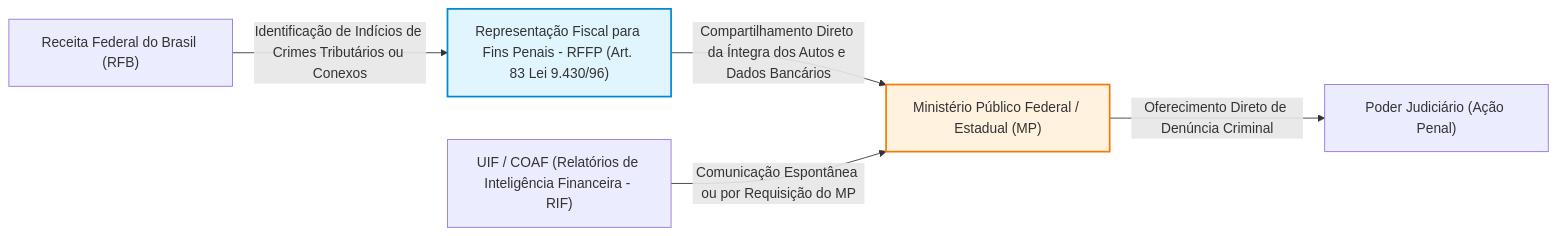
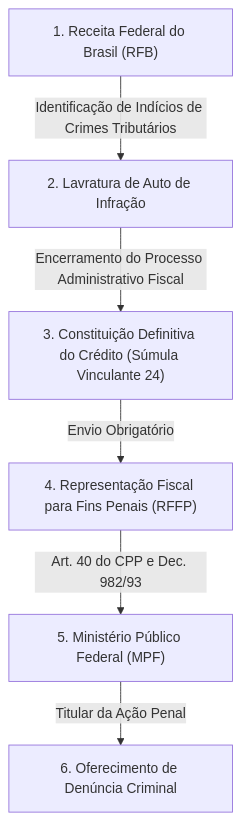
The sixth of 8 diagrams in docs/19-auditoria/06-auditoria-fiscal-tributaria/04-sigilo-bancario-fiscal-lc-105.md (gilsonnogueira/OpenConcursos), drawn with Mermaid before and after one commit. The commit also changed 17 other files, not shown here.

Commit message:
style(diagrams): verticaliza todos os diagramas Mermaid para legibilidade em painel vertical

````diff
--- a/docs/19-auditoria/06-auditoria-fiscal-tributaria/04-sigilo-bancario-fiscal-lc-105.md
+++ b/docs/19-auditoria/06-auditoria-fiscal-tributaria/04-sigilo-bancario-fiscal-lc-105.md
@@ -217,10 +217,8 @@
 ```mermaid
-flowchart LR
-    A["Receita Federal do Brasil (RFB)"] -->|Identificação de Indícios de Crimes Tributários ou Conexos| B["Representação Fiscal para Fins Penais - RFFP (Art. 83 Lei 9.430/96)"]
-    B -->|Compartilhamento Direto da Íntegra dos Autos e Dados Bancários| C["Ministério Público Federal / Estadual (MP)"]
-    C -->|Oferecimento Direto de Denúncia Criminal| D["Poder Judiciário (Ação Penal)"]
-    E["UIF / COAF (Relatórios de Inteligência Financeira - RIF)"] -->|Comunicação Espontânea ou por Requisição do MP| C
-    
-    style B fill:#e1f5fe,stroke:#0288d1,stroke-width:2px;
-    style C fill:#fff3e0,stroke:#f57c00,stroke-width:2px;
+flowchart TD
+    A["1. Receita Federal do Brasil (RFB)"] -->|Identificação de Indícios de Crimes Tributários| B["2. Lavratura de Auto de Infração"]
+    B -->|Encerramento do Processo Administrativo Fiscal| C["3. Constituição Definitiva do Crédito (Súmula Vinculante 24)"]
+    C -->|Envio Obrigatório| D["4. Representação Fiscal para Fins Penais (RFFP)"]
+    D -->|Art. 40 do CPP e Dec. 982/93| E["5. Ministério Público Federal (MPF)"]
+    E -->|Titular da Ação Penal| F["6. Oferecimento de Denúncia Criminal"]
 ```
````
